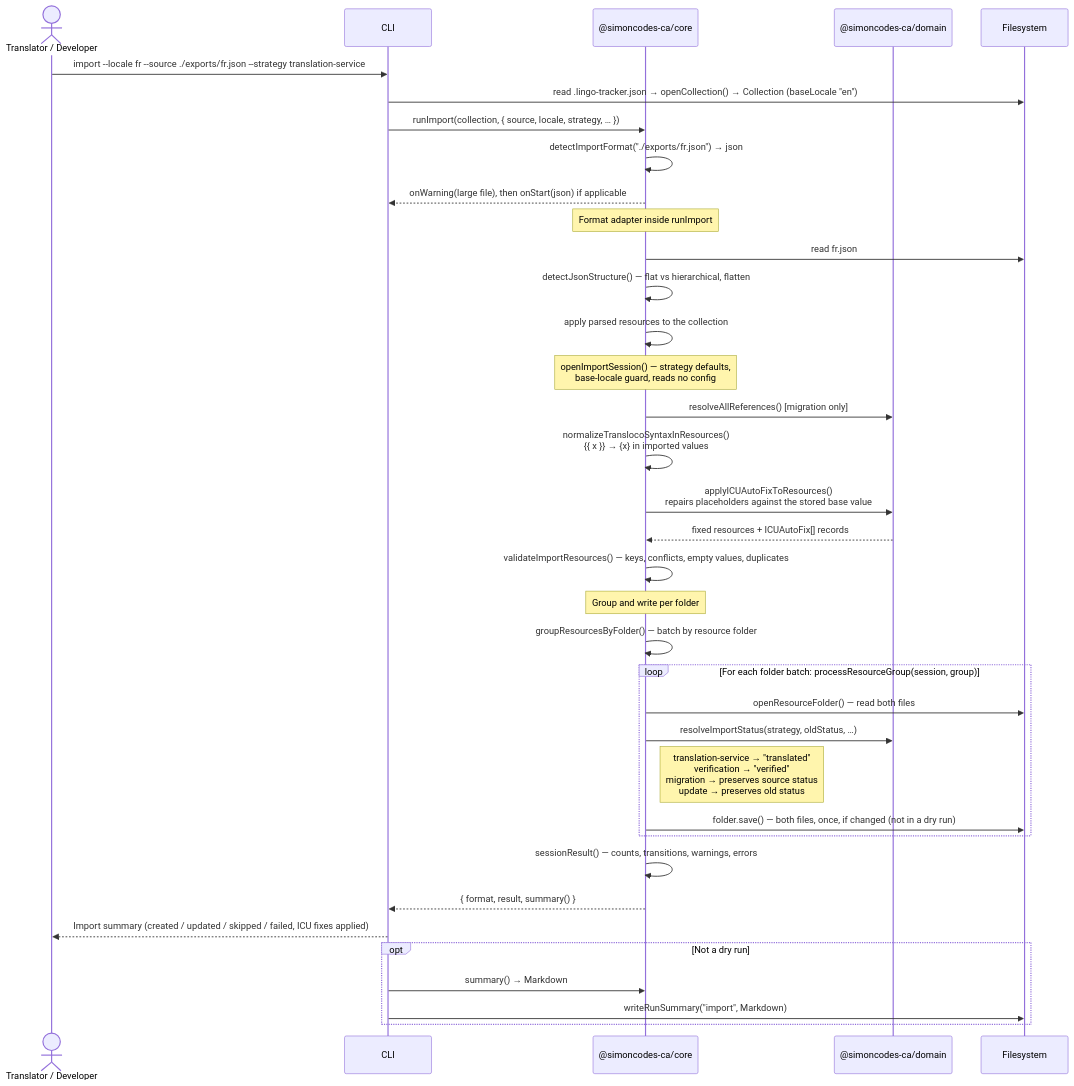
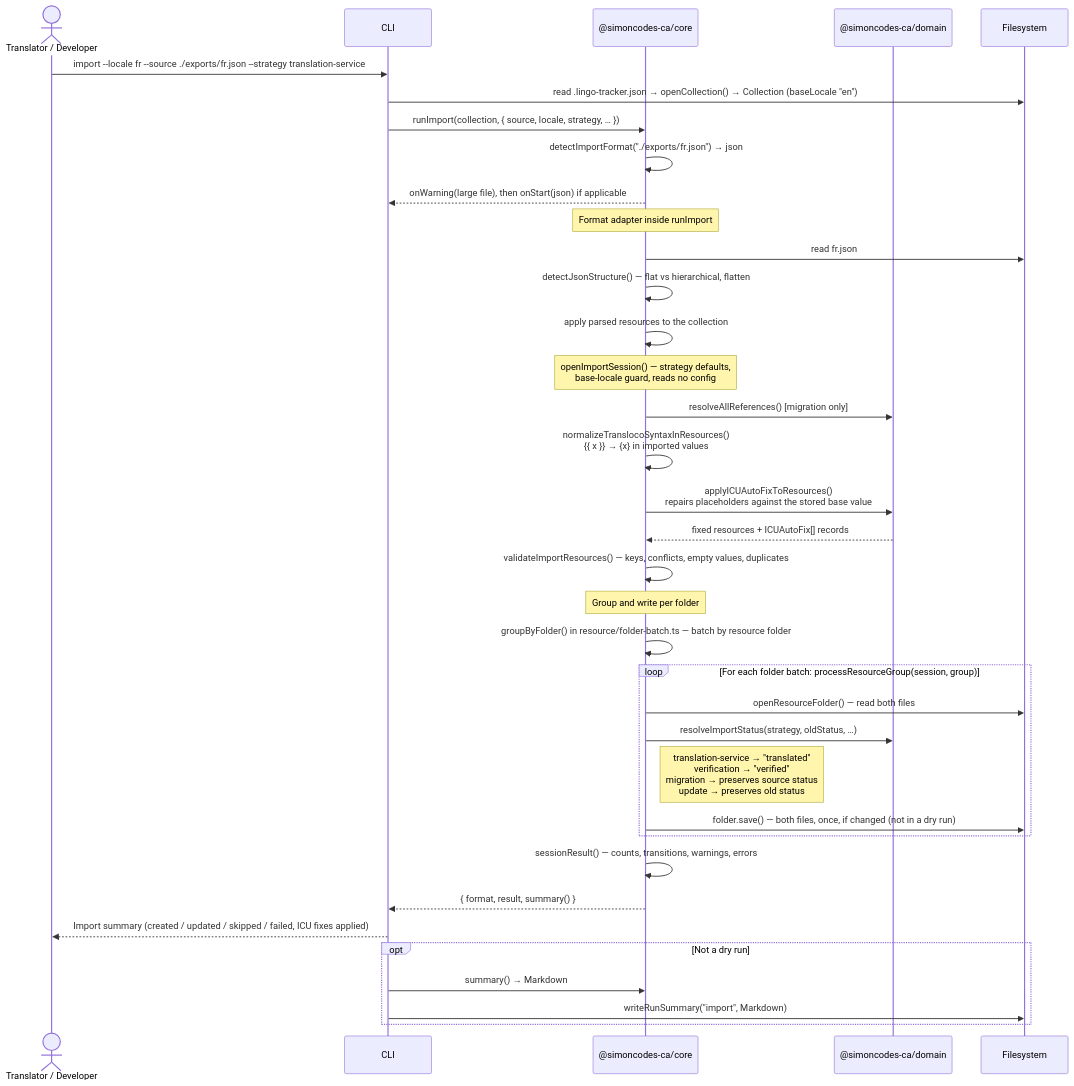
One commit to SimonNodel-AI/lingo-tracker changed the third of 8 diagrams in architecture-docs/user-flows.md. Above: the diagram before and after it, drawn with Mermaid. The commit also changed 12 other files, not shown here.

First line of the commit message:
refactor(core): group and open batch folders by full key

````diff
--- a/architecture-docs/user-flows.md
+++ b/architecture-docs/user-flows.md
@@ -142,41 +142,41 @@
 ```mermaid
 sequenceDiagram
     actor Translator as Translator / Developer
     participant CLI as CLI
     participant Core as @simoncodes-ca/core
     participant Domain as @simoncodes-ca/domain
     participant FS as Filesystem
 
     Translator->>CLI: import --locale fr --source ./exports/fr.json --strategy translation-service
     CLI->>FS: read .lingo-tracker.json → openCollection() → Collection (baseLocale "en")
     CLI->>Core: runImport(collection, { source, locale, strategy, … })
     Core->>Core: detectImportFormat("./exports/fr.json") → json
     Core-->>CLI: onWarning(large file), then onStart(json) if applicable
     Note over Core: Format adapter inside runImport
     Core->>FS: read fr.json
     Core->>Core: detectJsonStructure() — flat vs hierarchical, flatten
     Core->>Core: apply parsed resources to the collection
     Note over Core: openImportSession() — strategy defaults,<br/>base-locale guard, reads no config
     Core->>Domain: resolveAllReferences() [migration only]
     Core->>Core: normalizeTranslocoSyntaxInResources()<br/>{{ x }} → {x} in imported values
     Core->>Domain: applyICUAutoFixToResources()<br/>repairs placeholders against the stored base value
     Domain-->>Core: fixed resources + ICUAutoFix[] records
     Core->>Core: validateImportResources() — keys, conflicts, empty values, duplicates
 
     Note over Core: Group and write per folder
-    Core->>Core: groupResourcesByFolder() — batch by resource folder
+    Core->>Core: groupByFolder() in resource/folder-batch.ts — batch by resource folder
     loop For each folder batch: processResourceGroup(session, group)
         Core->>FS: openResourceFolder() — read both files
         Core->>Domain: resolveImportStatus(strategy, oldStatus, …)
         Note right of Core: translation-service → "translated"<br/>verification → "verified"<br/>migration → preserves source status<br/>update → preserves old status
         Core->>FS: folder.save() — both files, once, if changed (not in a dry run)
     end
 
     Core->>Core: sessionResult() — counts, transitions, warnings, errors
     Core-->>CLI: { format, result, summary() }
     CLI-->>Translator: Import summary (created / updated / skipped / failed, ICU fixes applied)
     opt Not a dry run
         CLI->>Core: summary() → Markdown
         CLI->>FS: writeRunSummary("import", Markdown)
     end
 ```
````
